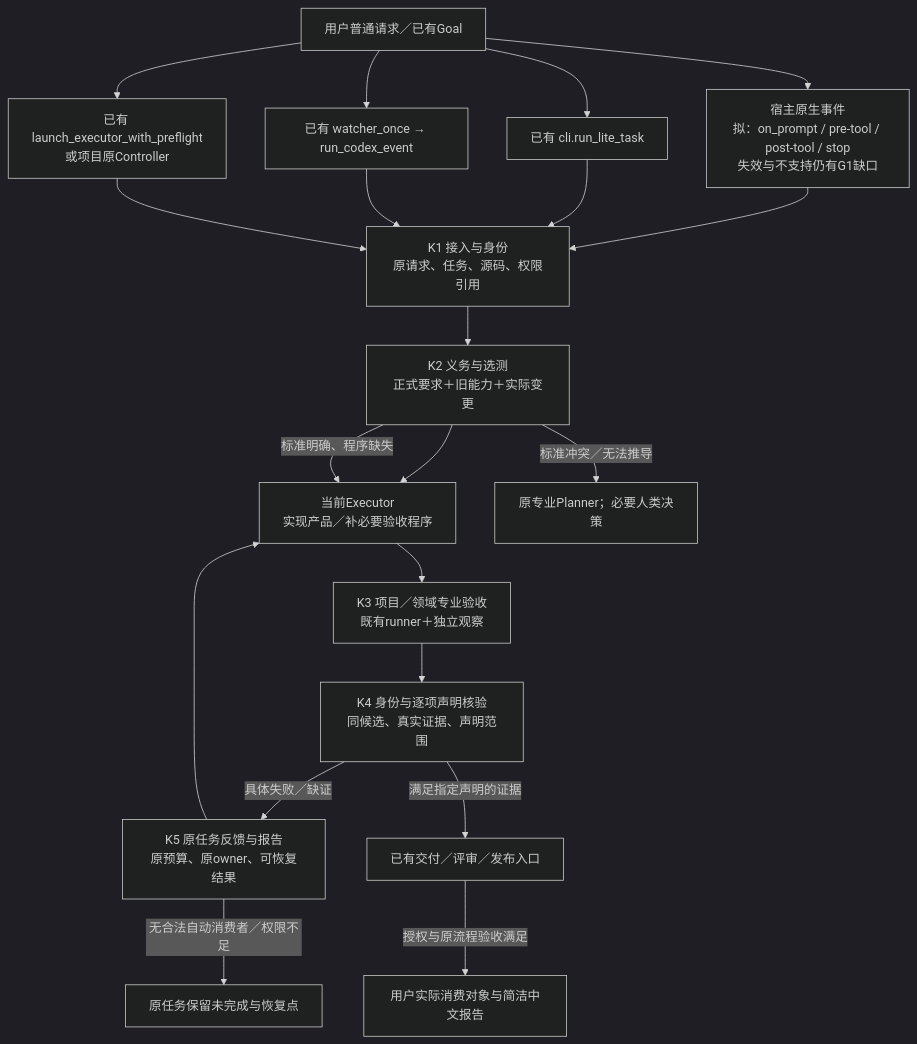
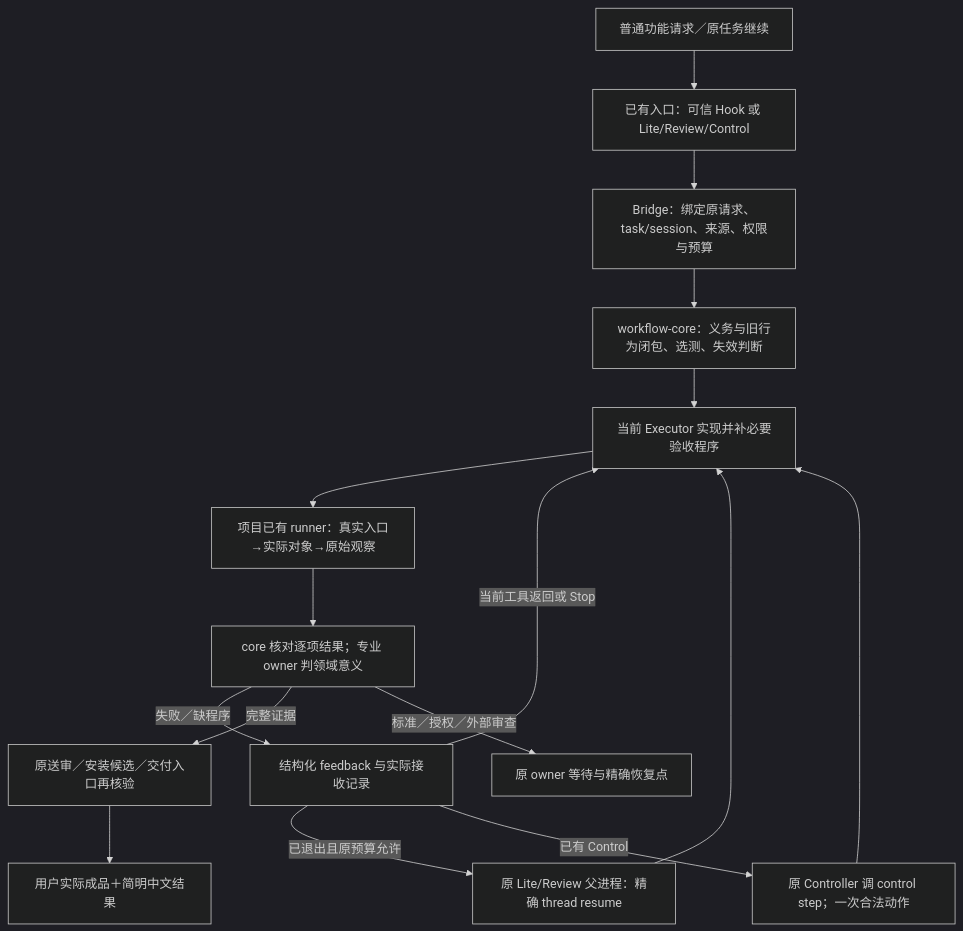
One commit to YuukiAS/AI_Research_Toolkit changed the diagram in docs/research/software-production/22_DELIVERY_ASSURANCE_GLOBAL_WORK_RESEARCH_20261022/WORK_OUTPUT/02_ARCHITECTURE_AND_COMPONENTS.md. Above: the diagram before and after it, drawn with Mermaid (dark theme). The commit also changed other lines of this file, not shown here.

Commit message:
research: consolidate single architecture around resolved decisions

````diff
--- a/docs/research/software-production/22_DELIVERY_ASSURANCE_GLOBAL_WORK_RESEARCH_20261022/WORK_OUTPUT/02_ARCHITECTURE_AND_COMPONENTS.md
+++ b/docs/research/software-production/22_DELIVERY_ASSURANCE_GLOBAL_WORK_RESEARCH_20261022/WORK_OUTPUT/02_ARCHITECTURE_AND_COMPONENTS.md
@@ -9,36 +11,18 @@
 ```mermaid
 flowchart TD
-  U["用户普通请求／已有Goal"]
-  N["宿主原生事件
-拟：on_prompt / pre-tool / post-tool / stop
-失效与不支持仍有G1缺口"]
-  L["已有 cli.run_lite_task"]
-  R["已有 watcher_once → run_codex_event"]
-  C["已有 launch_executor_with_preflight
-或项目原Controller"]
-  K1["K1 接入与身份
-原请求、任务、源码、权限引用"]
-  K2["K2 义务与选测
-正式要求＋旧能力＋实际变更"]
-  E["当前Executor
-实现产品／补必要验收程序"]
-  K3["K3 项目／领域专业验收
-既有runner＋独立观察"]
-  K4["K4 身份与逐项声明核验
-同候选、真实证据、声明范围"]
-  K5["K5 原任务反馈与报告
-原预算、原owner、可恢复结果"]
-  D["已有交付／评审／发布入口"]
-  P["用户实际消费对象与简洁中文报告"]
-  U --> N --> K1
-  U --> L --> K1
-  U --> R --> K1
-  U --> C --> K1
-  K1 --> K2 --> E --> K3 --> K4
-  K2 -- "标准明确、程序缺失" --> E
-  K2 -- "标准冲突／无法推导" --> Q["原专业Planner；必要人类决策"]
-  K4 -- "具体失败／缺证" --> K5 --> E
-  K4 -- "满足指定声明的证据" --> D
-  D -- "授权与原流程验收满足" --> P
-  K5 -- "无合法自动消费者／权限不足" --> W["原任务保留未完成与恢复点"]
+ U["普通功能请求／原任务继续"] --> E["已有入口：可信 Hook 或 Lite/Review/Control"]
+ E --> I["Bridge：绑定原请求、task/session、来源、权限与预算"]
+ I --> O["workflow-core：义务与旧行为闭包、选测、失效判断"]
+ O --> X["当前 Executor 实现并补必要验收程序"]
+ X --> V["项目已有 runner：真实入口→实际对象→原始观察"]
+ V --> J["core 核对逐项结果；专业 owner 判领域意义"]
+ J -->|失败／缺程序| F["结构化 feedback 与实际接收记录"]
+ F -->|当前工具返回或 Stop| X
+ F -->|已退出且原预算允许| L["原 Lite/Review 父进程：精确 thread resume"]
+ L --> X
+ F -->|已有 Control| C["原 Controller 调 control step；一次合法动作"]
+ C --> X
+ J -->|完整证据| D["原送审／安装候选／交付入口再核验"]
+ D --> P["用户实际成品＋简明中文结果"]
+ J -->|标准／授权／外部审查| W["原 owner 等待与精确恢复点"]
 ```
````
